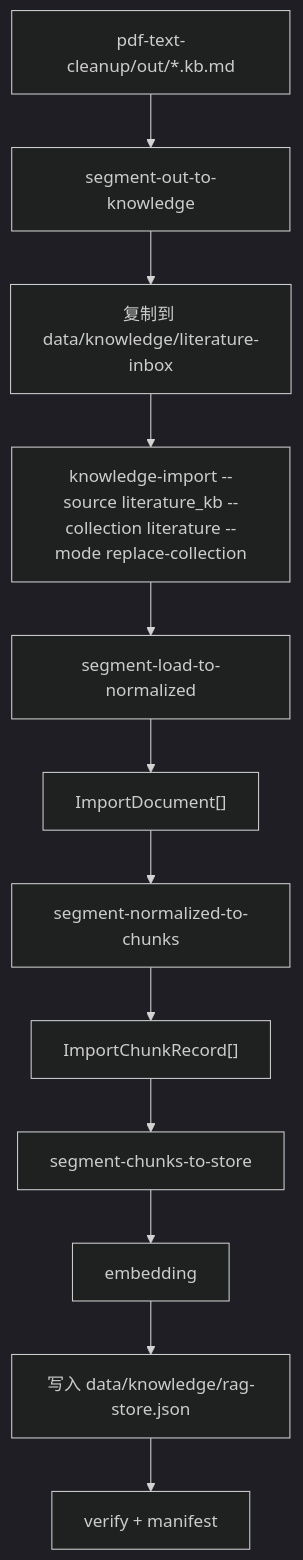
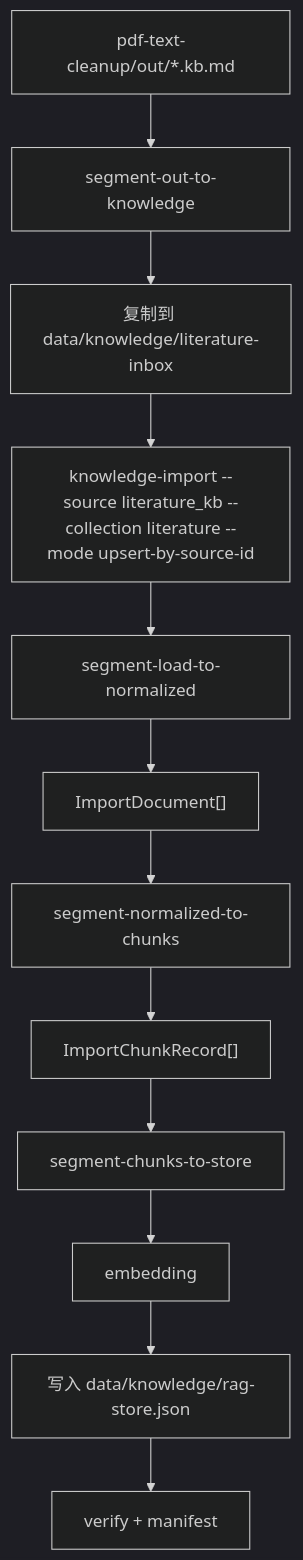
The diagram in docs/文献入库当前处理结构图.md (thzhangbio/bioagent), drawn with Mermaid (dark theme) before and after one commit. The commit also changed other lines of this file and 14 other files, not shown here.

````diff
--- a/docs/文献入库当前处理结构图.md
+++ b/docs/文献入库当前处理结构图.md
@@ -35,14 +35,14 @@
 ```mermaid
 flowchart TD
     A["pdf-text-cleanup/out/*.kb.md"] --> B["segment-out-to-knowledge"]
     B --> C["复制到 data/knowledge/literature-inbox"]
-    C --> D["knowledge-import --source literature_kb --collection literature --mode replace-collection"]
+    C --> D["knowledge-import --source literature_kb --collection literature --mode upsert-by-source-id"]
     D --> E["segment-load-to-normalized"]
     E --> F["ImportDocument[]"]
     F --> G["segment-normalized-to-chunks"]
     G --> H["ImportChunkRecord[]"]
     H --> I["segment-chunks-to-store"]
     I --> J["embedding"]
     J --> K["写入 data/knowledge/rag-store.json"]
     K --> L["verify + manifest"]
 ```
````
